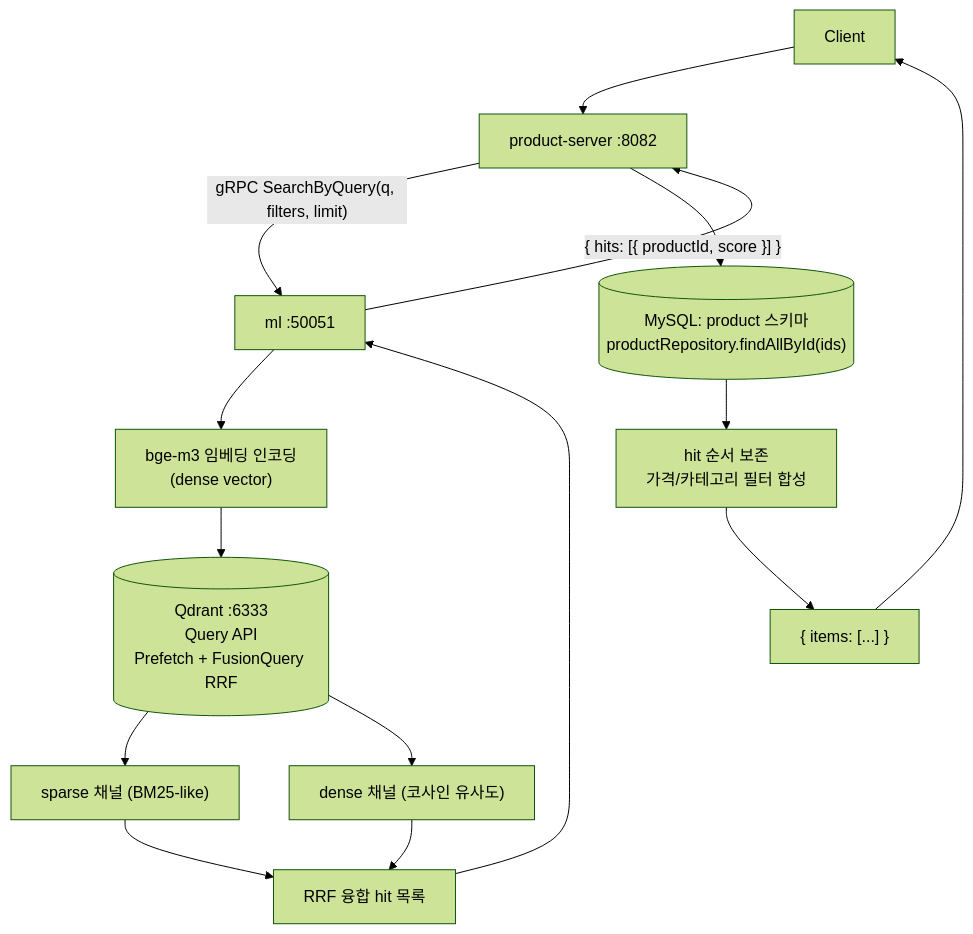
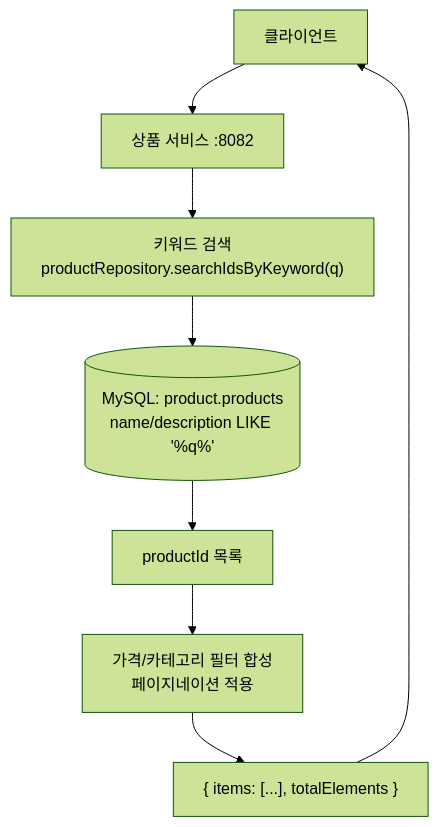
The diagram in mini-coupang/diagrams/src/08-product-search.mmd (ing9990/deep-blog), drawn with Mermaid (forest theme) before and after one commit. The commit also changed 21 other files, not shown here.

First line of the commit message:
docs(diagrams): 한글 라벨 컨벤션 일괄 적용 + UC-08 MySQL LIKE 단일 채널로 정정

```diff
--- a/mini-coupang/diagrams/src/08-product-search.mmd
+++ b/mini-coupang/diagrams/src/08-product-search.mmd
@@ -1,15 +1,8 @@
 flowchart TD
-    C["Client"] --> PS["product-server :8082"]
-    PS -- "gRPC SearchByQuery(q, filters, limit)" --> ML["ml :50051"]
-    ML --> EM["bge-m3 임베딩 인코딩<br/>(dense vector)"]
-    EM --> Q[("Qdrant :6333<br/>Query API<br/>Prefetch + FusionQuery RRF")]
-    Q --> SP["sparse 채널 (BM25-like)"]
-    Q --> DN["dense 채널 (코사인 유사도)"]
-    SP --> RRF["RRF 융합 hit 목록"]
-    DN --> RRF
-    RRF --> ML
-    ML -- "{ hits: [{ productId, score }] }" --> PS
-    PS --> DB[("MySQL: product 스키마<br/>productRepository.findAllById(ids)")]
-    DB --> H["hit 순서 보존<br/>가격/카테고리 필터 합성"]
-    H --> Resp["{ items: [...] }"]
+    C["클라이언트"] --> PS["상품 서비스 :8082"]
+    PS --> SS["키워드 검색<br/>productRepository.searchIdsByKeyword(q)"]
+    SS --> DB[("MySQL: product.products<br/>name/description LIKE '%q%'")]
+    DB --> H["productId 목록"]
+    H --> F["가격/카테고리 필터 합성<br/>페이지네이션 적용"]
+    F --> Resp["{ items: [...], totalElements }"]
     Resp --> C
```
